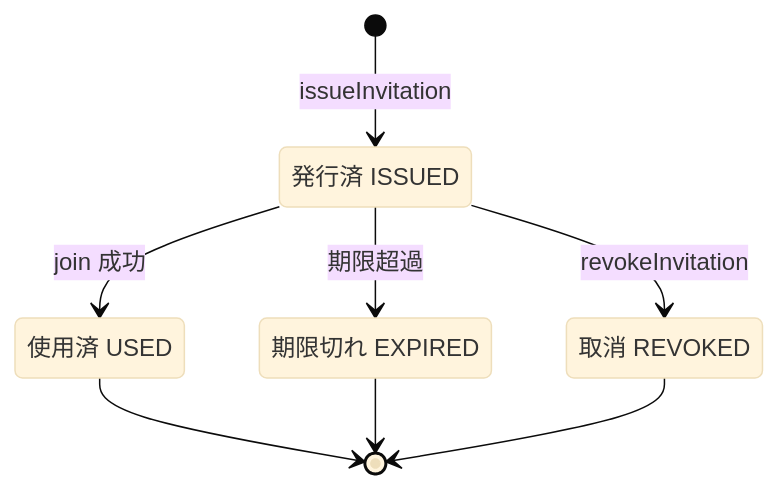
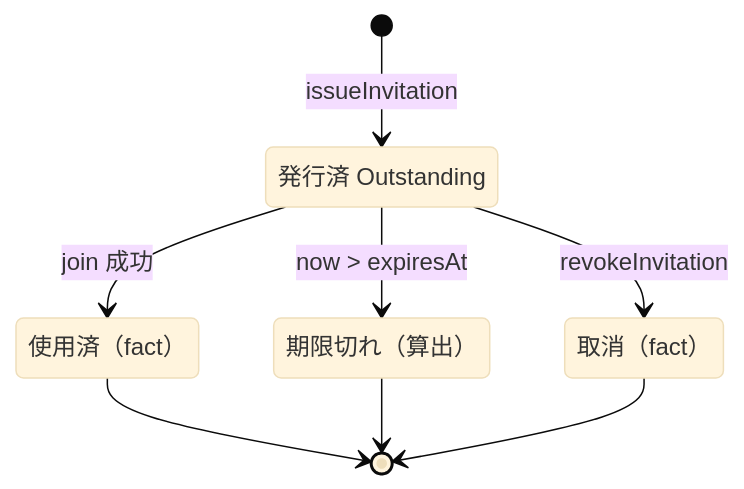
The second of 5 diagrams in docs/superpowers/specs/2026-05-31-mindstock-full-replace-design/03-domain-detail.md (bright-room/mindstock), drawn with Mermaid (base theme) before and after one commit. The commit also changed other lines of this file, not shown here.

````diff
--- a/docs/superpowers/specs/2026-05-31-mindstock-full-replace-design/03-domain-detail.md
+++ b/docs/superpowers/specs/2026-05-31-mindstock-full-replace-design/03-domain-detail.md
@@ -112,14 +192,14 @@
 ```mermaid
 stateDiagram-v2
-    state "発行済 ISSUED" as Issued
-    state "使用済 USED" as Used
-    state "期限切れ EXPIRED" as Expired
-    state "取消 REVOKED" as Revoked
+    state "発行済 Outstanding" as Issued
+    state "使用済（fact）" as Used
+    state "期限切れ（算出）" as Expired
+    state "取消（fact）" as Revoked
     [*] --> Issued: issueInvitation
     Issued --> Used: join 成功
-    Issued --> Expired: 期限超過
+    Issued --> Expired: now > expiresAt
     Issued --> Revoked: revokeInvitation
     Used --> [*]
     Expired --> [*]
     Revoked --> [*]
 ```
````
